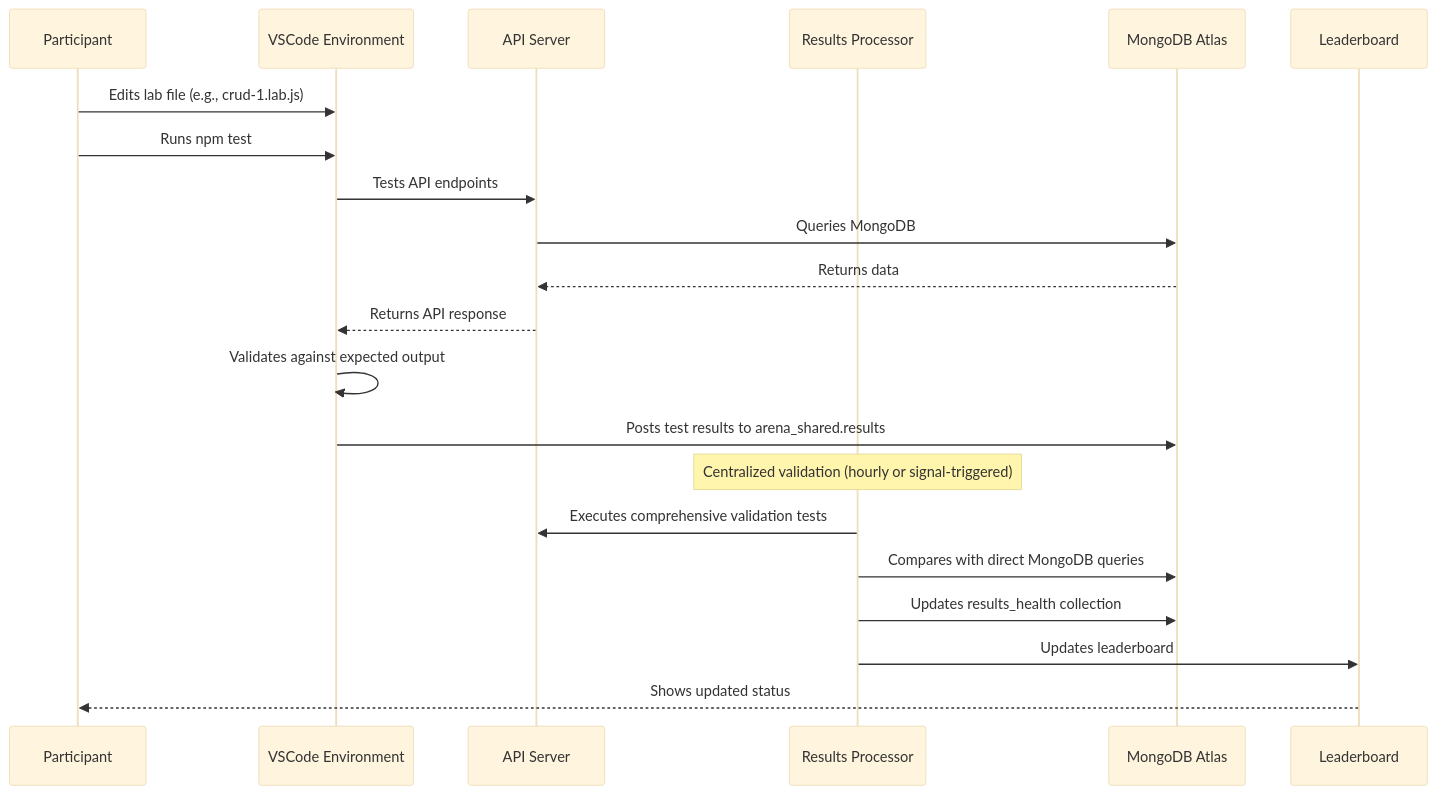
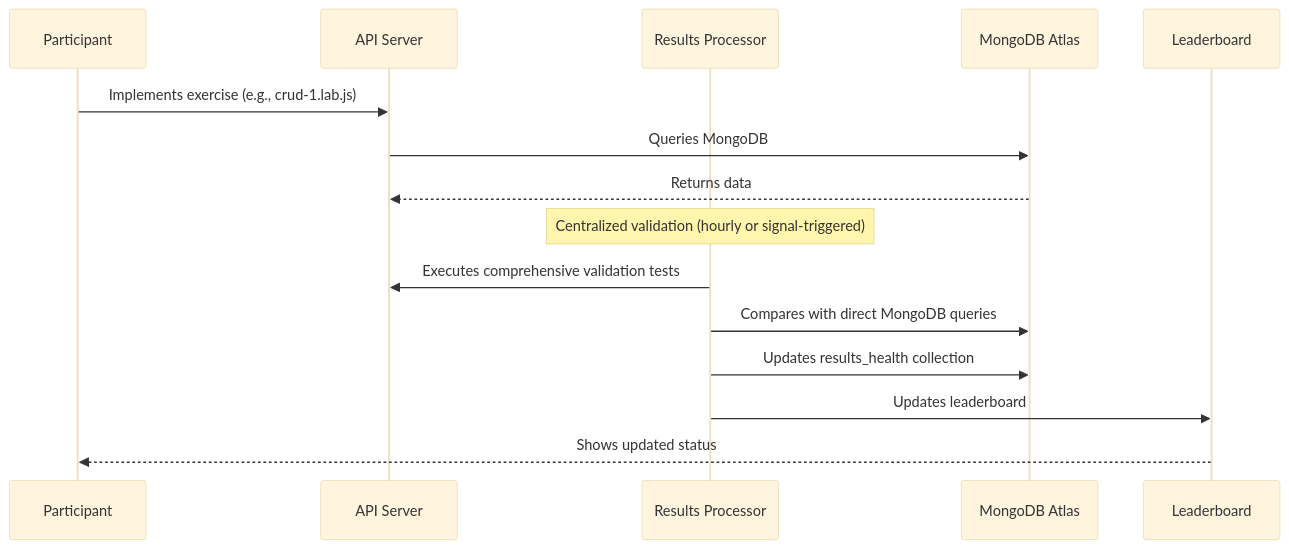
Before and after one commit to simonegaiera/mongodb-airbnb-workshop: the diagram in sa-docs/VALIDATION_COMPONENT.md, drawn with Mermaid (base theme). The commit also changed other lines of this file, not shown here.

````diff
--- a/sa-docs/VALIDATION_COMPONENT.md
+++ b/sa-docs/VALIDATION_COMPONENT.md
@@ -37,25 +30,19 @@
 ```mermaid
 sequenceDiagram
     participant P as Participant
-    participant VS as VSCode Environment
     participant API as API Server
     participant RP as Results Processor
     participant DB as MongoDB Atlas
     participant LB as Leaderboard
 
-    P->>VS: Edits lab file (e.g., crud-1.lab.js)
-    P->>VS: Runs npm test
-    VS->>API: Tests API endpoints
+    P->>API: Implements exercise (e.g., crud-1.lab.js)
     API->>DB: Queries MongoDB
     DB-->>API: Returns data
-    API-->>VS: Returns API response
-    VS->>VS: Validates against expected output
-    VS->>DB: Posts test results to arena_shared.results
     
     Note over RP: Centralized validation (hourly or signal-triggered)
     RP->>API: Executes comprehensive validation tests
     RP->>DB: Compares with direct MongoDB queries
     RP->>DB: Updates results_health collection
     RP->>LB: Updates leaderboard
     LB-->>P: Shows updated status
 ```
````
